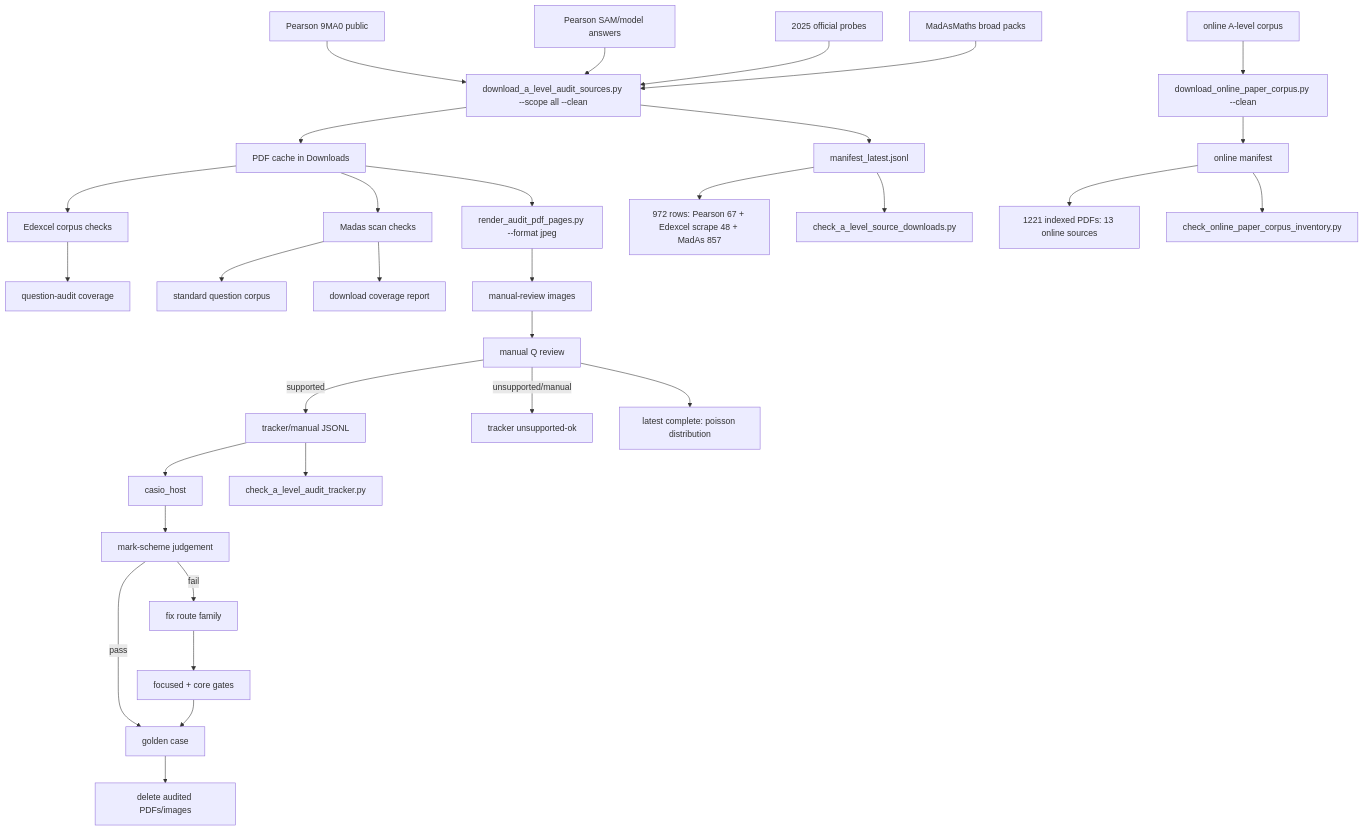
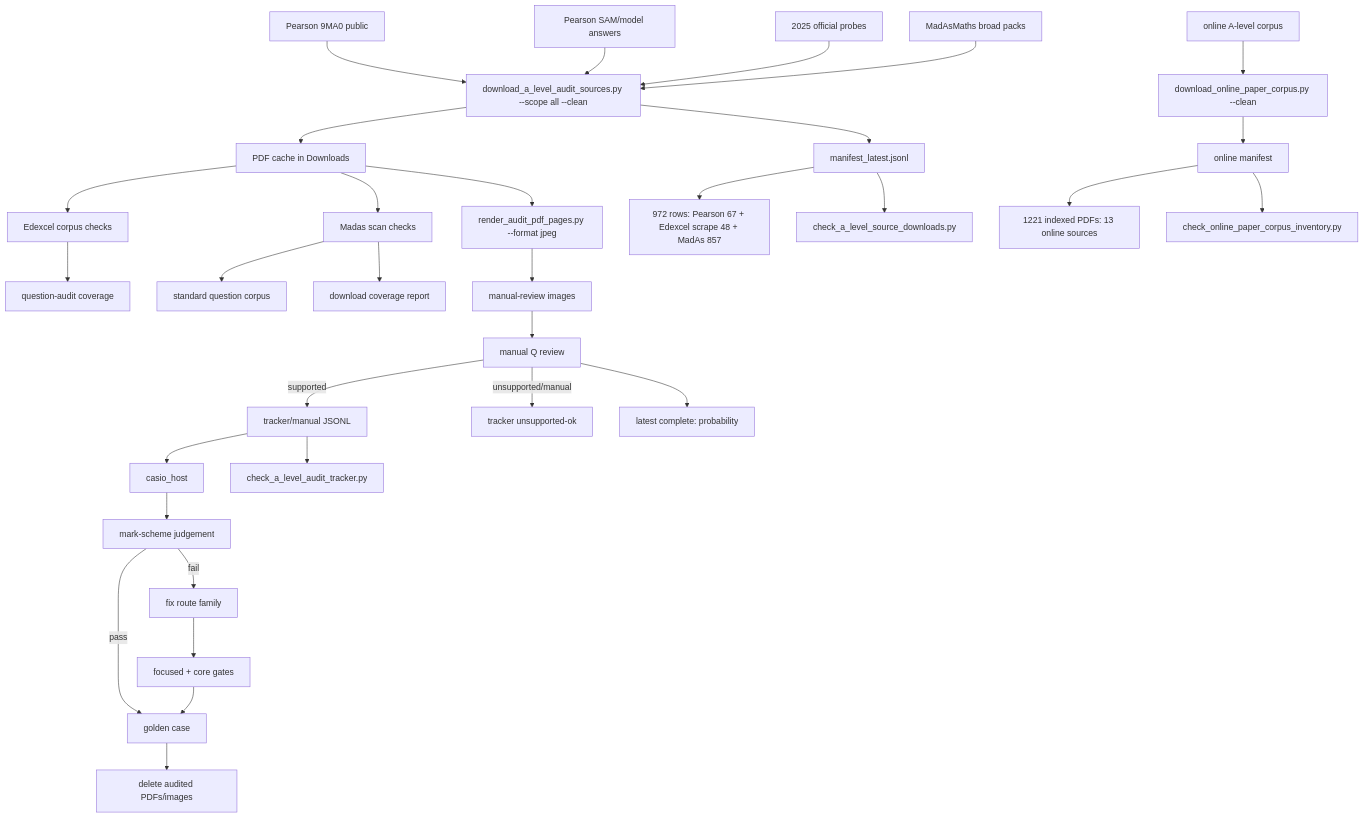
Before and after one commit to james8464/notes-addin-casio-fx-cg50: the diagram in c++/tools/golden/a_level_audit_graph.md, drawn with Mermaid. The commit also changed other lines of this file and 2 other files, not shown here.

Commit message:
Audit probability booklet

````diff
--- a/c++/tools/golden/a_level_audit_graph.md
+++ b/c++/tools/golden/a_level_audit_graph.md
@@ -3,34 +3,34 @@
 ```mermaid
 graph TD
   E1["Pearson 9MA0 public"] --> D["download_a_level_audit_sources.py --scope all --clean"]
   E2["Pearson SAM/model answers"] --> D
   E3["2025 official probes"] --> D
   M1["MadAsMaths broad packs"] --> D
   O1["online A-level corpus"] --> OD["download_online_paper_corpus.py --clean"]
   D --> P["PDF cache in Downloads"]
   D --> X["manifest_latest.jsonl"]
   OD --> OX["online manifest"]
   X --> XC["972 rows: Pearson 67 + Edexcel scrape 48 + MadAs 857"]
   OX --> OC["1221 indexed PDFs: 13 online sources"]
   X --> V["check_a_level_source_downloads.py"]
   OX --> OV["check_online_paper_corpus_inventory.py"]
   P --> E["Edexcel corpus checks"]
   E --> EQ["question-audit coverage"]
   P --> S["Madas scan checks"]
   S --> M["standard question corpus"]
   S --> MC["download coverage report"]
   P --> R["render_audit_pdf_pages.py --format jpeg"]
   R --> I["manual-review images"]
   I --> Q["manual Q review"]
   Q -->|supported| J["tracker/manual JSONL"]
   Q -->|unsupported/manual| U["tracker unsupported-ok"]
   J --> H["casio_host"]
   J --> K["check_a_level_audit_tracker.py"]
   H --> C["mark-scheme judgement"]
   C -->|pass| G["golden case"]
   C -->|fail| F["fix route family"]
   F --> T["focused + core gates"]
   T --> G
   G --> Z["delete audited PDFs/images"]
-  Q --> QPoisson["latest complete: poisson distribution"]
+  Q --> QProbability["latest complete: probability"]
 ```
````
